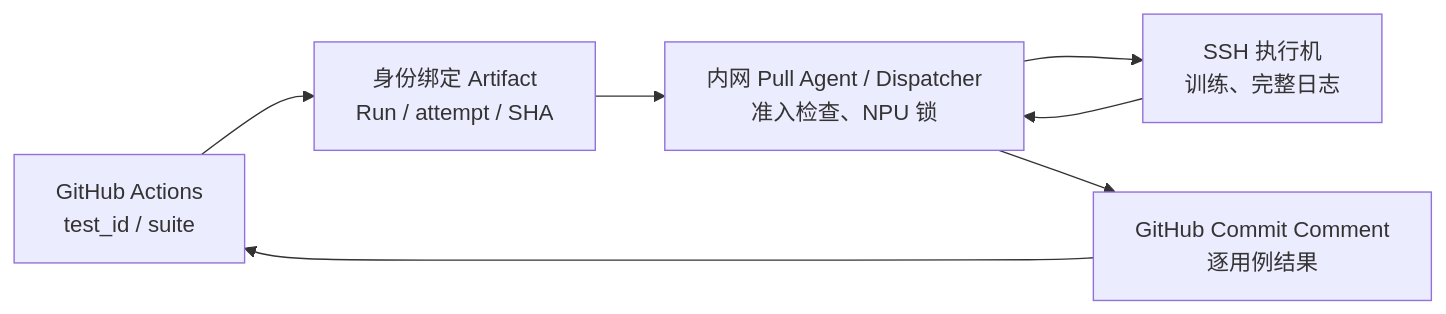
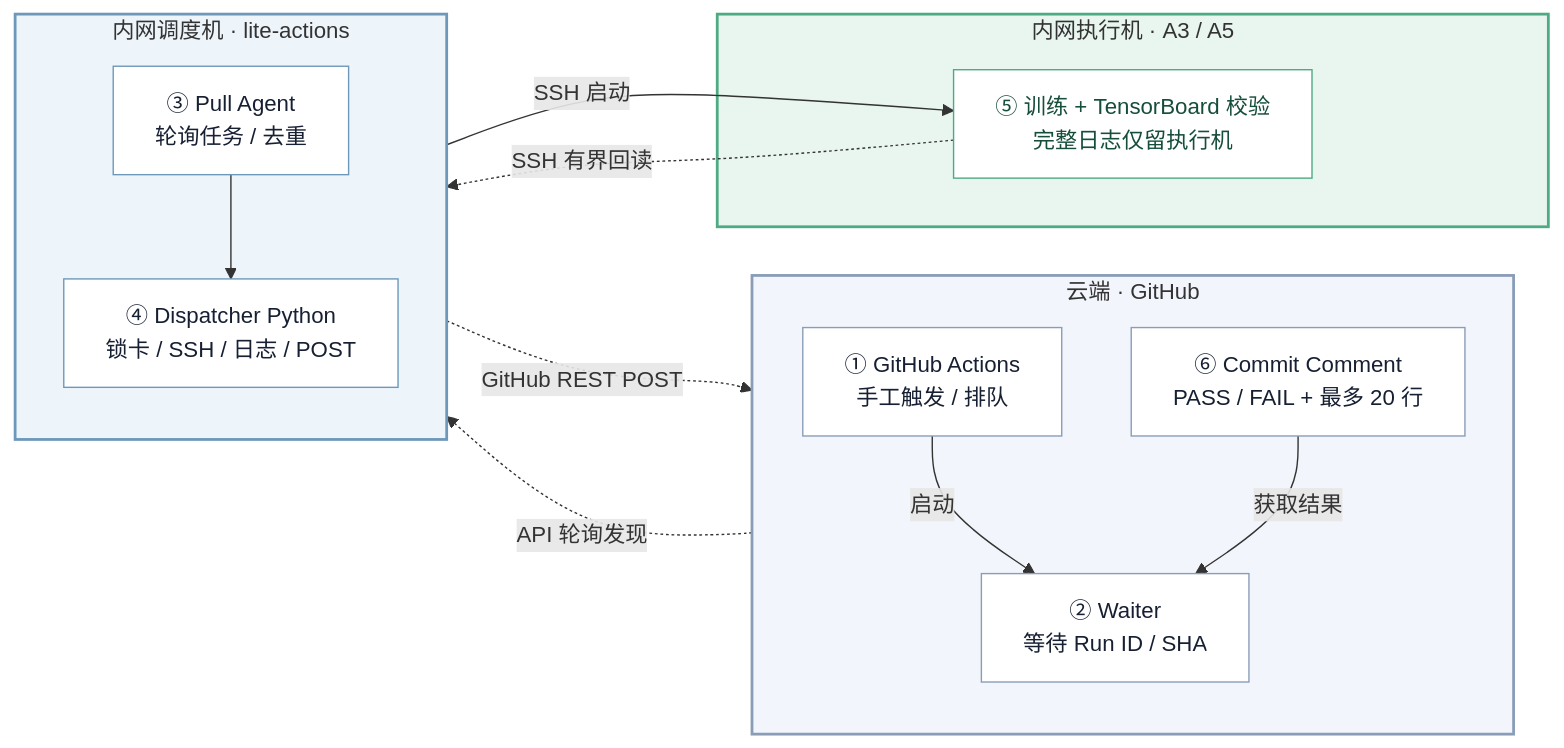
One commit to depeng1994/lite-actions changed the second of 2 diagrams in README.md. Above: the diagram before and after it, drawn with Mermaid. The commit also changed other lines of this file, not shown here.

Commit message:
docs: restore full Lite Actions guide with minimal navigation changes

````diff
--- a/README.md
+++ b/README.md
@@ -69,9 +32,37 @@
 ```mermaid
 flowchart LR
-  GH["GitHub Actions<br/>test_id / suite"] --> A["身份绑定 Artifact<br/>Run / attempt / SHA"]
-  A --> D["内网 Pull Agent / Dispatcher<br/>准入检查、NPU 锁"]
-  D --> N["SSH 执行机<br/>训练、完整日志"]
-  N --> D
-  D --> C["GitHub Commit Comment<br/>逐用例结果"]
-  C --> GH
+    subgraph GH["云端 · GitHub"]
+        direction TB
+        W["① GitHub Actions<br/>手工触发 / 排队"]
+        H["② Waiter<br/>等待 Run ID / SHA"]
+        C["⑥ Commit Comment<br/>PASS / FAIL + 最多 20 行"]
+        W -->|"启动"| H
+        C -->|"获取结果"| H
+    end
+
+    subgraph DIS["内网调度机 · lite-actions"]
+        direction TB
+        A["③ Pull Agent<br/>轮询任务 / 去重"]
+        D["④ Dispatcher Python<br/>锁卡 / SSH / 日志 / POST"]
+        A --> D
+    end
+
+    subgraph EX["内网执行机 · A3 / A5"]
+        X["⑤ 训练 + TensorBoard 校验<br/>完整日志仅留执行机"]
+    end
+
+    W -.->|"API 轮询发现"| A
+    D -->|"SSH 启动"| X
+    X -.->|"SSH 有界回读"| D
+    D -.->|"GitHub REST POST"| C
+
+    style GH fill:#f2f5fb,stroke:#899db7,stroke-width:2px
+    style DIS fill:#edf5fb,stroke:#6d98ba,stroke-width:2px
+    style EX fill:#e8f6ef,stroke:#4eaa82,stroke-width:2px
+    classDef cloud fill:#ffffff,stroke:#899db7,color:#172033
+    classDef dispatch fill:#ffffff,stroke:#6d98ba,color:#172033
+    classDef execution fill:#ffffff,stroke:#4eaa82,color:#164e3b
+    class W,H,C cloud
+    class A,D dispatch
+    class X execution
 ```
````
